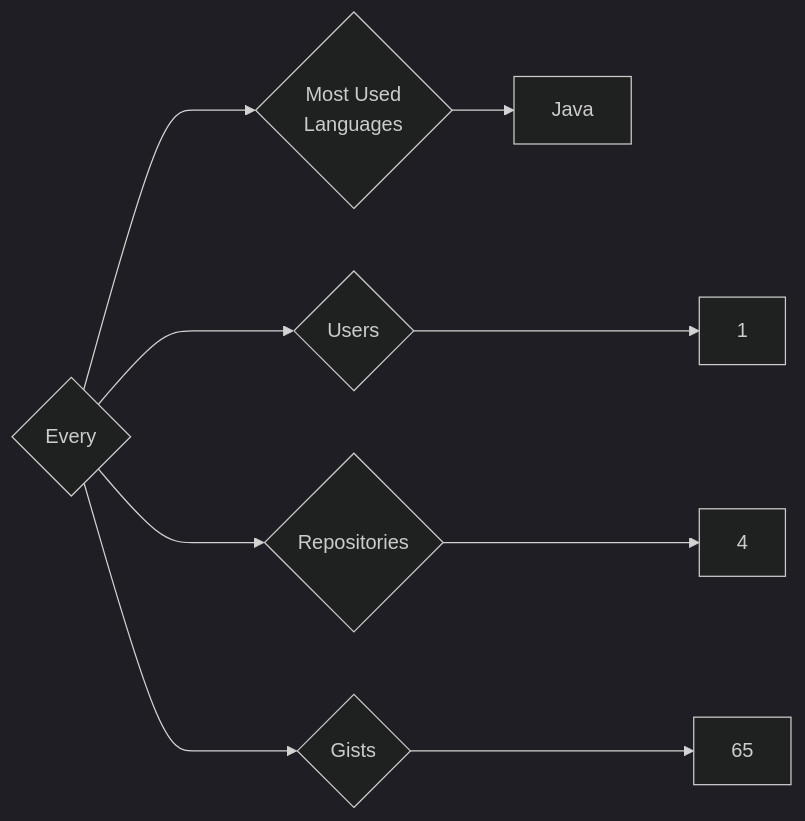
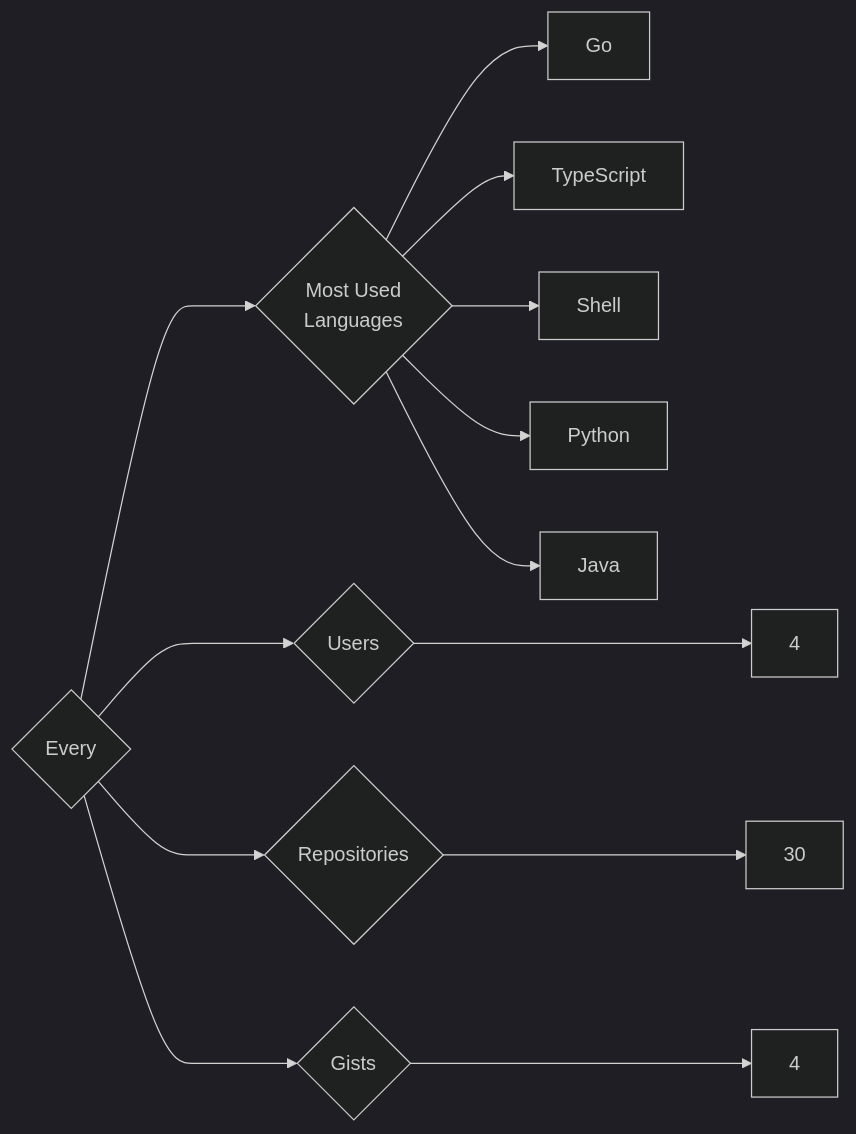
Before and after one commit to trickest/insiders: the diagram in targets/Every/README.md, drawn with Mermaid (dark theme). The commit also changed 895 other files, not shown here.

````diff
--- a/targets/Every/README.md
+++ b/targets/Every/README.md
@@ -3,9 +3,13 @@
 ```mermaid
 graph LR
 COMPANY_NAME{Every}
-COMPANY_NAME ---> U{Users} ---> UN[1]
-COMPANY_NAME ---> R{Repositories} ---> RN[4]
-COMPANY_NAME ---> G{Gists} ---> GN[65]
+COMPANY_NAME ---> U{Users} ---> UN[4]
+COMPANY_NAME ---> R{Repositories} ---> RN[30]
+COMPANY_NAME ---> G{Gists} ---> GN[4]
 COMPANY_NAME ---> ML{Most Used<br>Languages}
+ML --> Go[Go]
+ML --> TypeScript[TypeScript]
+ML --> Shell[Shell]
+ML --> Python[Python]
 ML --> Java[Java]
 ```
````
